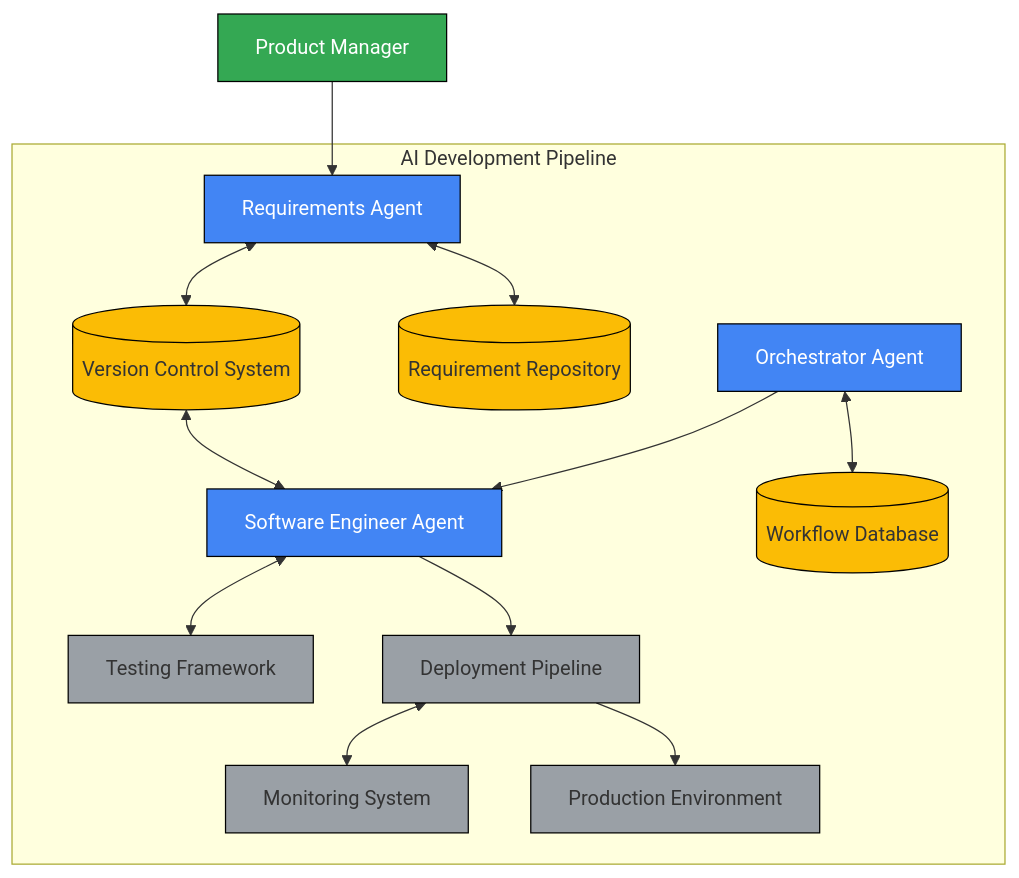
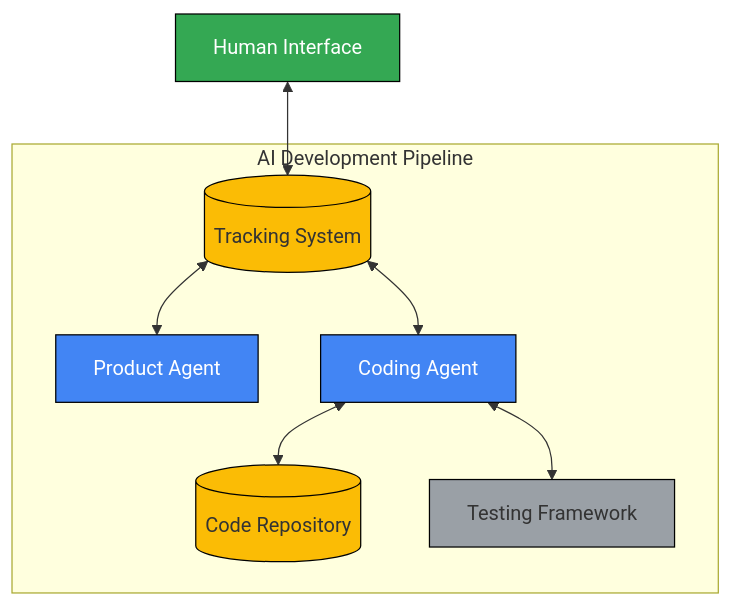
The second of 2 diagrams in docs/arch/architecture_overview.md (kgatilin/aihive), drawn with Mermaid before and after one commit. The commit also changed other lines of this file and 1 other file, not shown here.

Commit message:
Simplify component architecture to focus on key high-level components

````diff
--- a/docs/arch/architecture_overview.md
+++ b/docs/arch/architecture_overview.md
@@ -221,33 +211,21 @@
 ```mermaid
 graph TD
-    PM[Product Manager] --> RA
+    UI[Human Interface] <--> TS[(Tracking System)]
     
     subgraph "AI Development Pipeline"
-    RA[Requirements Agent] <--> VCS[(Version Control System)]
-    RA <--> RR[(Requirement Repository)]
-    
-    VCS <--> SEA
-    OA[Orchestrator Agent] <--> WF[(Workflow Database)]
-    OA --> SEA[Software Engineer Agent]
-    SEA <--> TF[Testing Framework]
-    
-    SEA --> DP[Deployment Pipeline]
-    DP <--> MS[Monitoring System]
-    DP --> PROD[Production Environment]
+    TS <--> PM[Product Agent]
+    TS <--> CA[Coding Agent]
+    CA <--> CR[(Code Repository)]
+    CA <--> TF[Testing Framework]
     end
     
-    style RA fill:#4285F4,stroke:#000,stroke-width:1px,color:white
-    style OA fill:#4285F4,stroke:#000,stroke-width:1px,color:white
-    style SEA fill:#4285F4,stroke:#000,stroke-width:1px,color:white
+    style PM fill:#4285F4,stroke:#000,stroke-width:1px,color:white
+    style CA fill:#4285F4,stroke:#000,stroke-width:1px,color:white
     
-    style PM fill:#34A853,stroke:#000,stroke-width:1px,color:white
+    style UI fill:#34A853,stroke:#000,stroke-width:1px,color:white
     
-    style VCS fill:#FBBC05,stroke:#000,stroke-width:1px
-    style RR fill:#FBBC05,stroke:#000,stroke-width:1px
-    style WF fill:#FBBC05,stroke:#000,stroke-width:1px
+    style TS fill:#FBBC05,stroke:#000,stroke-width:1px
+    style CR fill:#FBBC05,stroke:#000,stroke-width:1px
     
     style TF fill:#9AA0A6,stroke:#000,stroke-width:1px
-    style DP fill:#9AA0A6,stroke:#000,stroke-width:1px
-    style MS fill:#9AA0A6,stroke:#000,stroke-width:1px
-    style PROD fill:#9AA0A6,stroke:#000,stroke-width:1px
 ```
````
